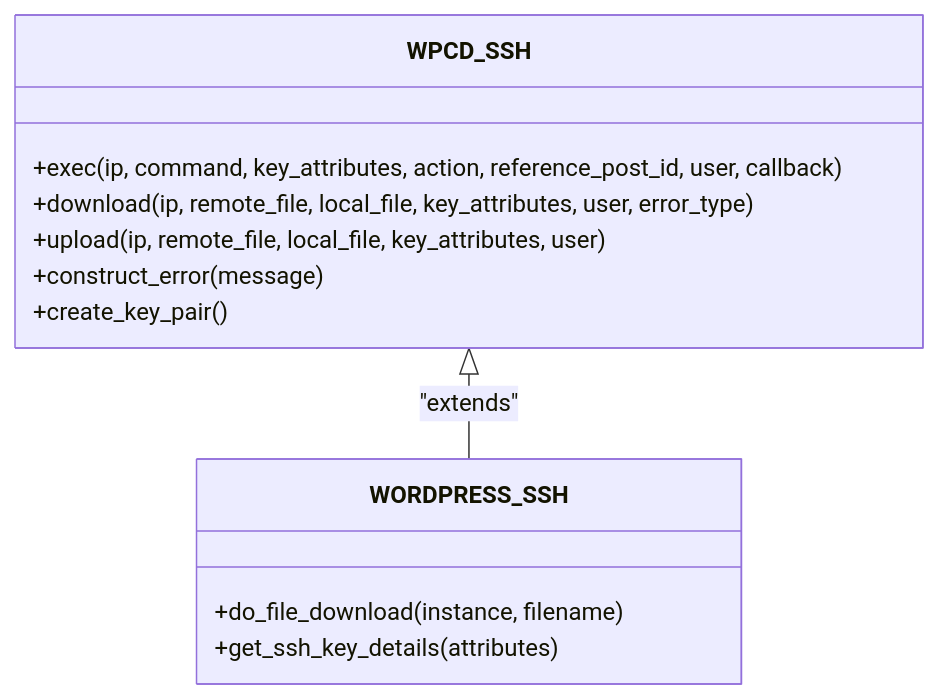
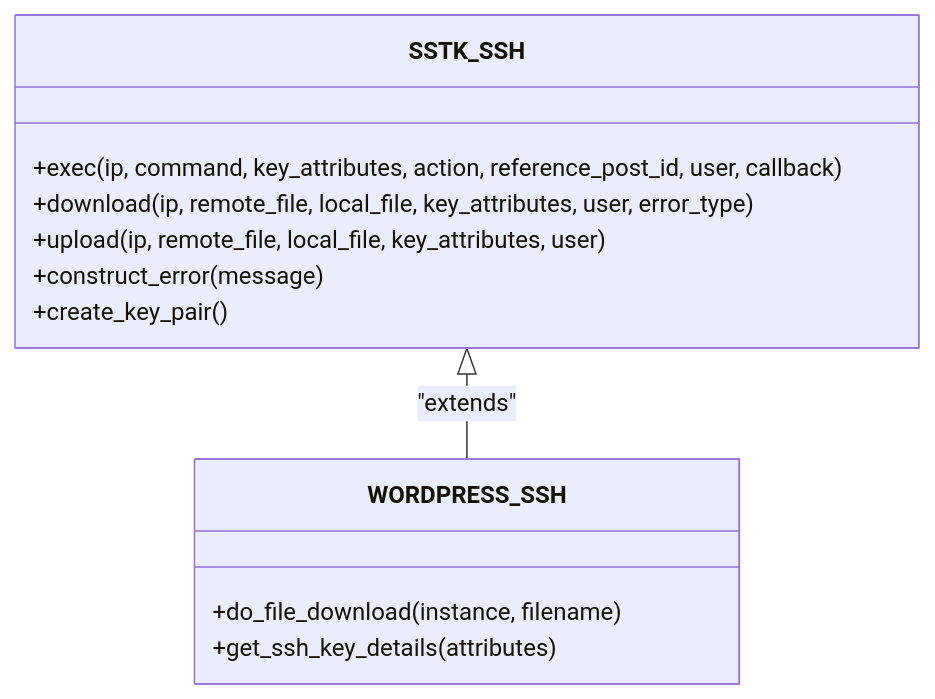
The fourth of 9 diagrams in .qoder/repowiki/en/content/WordPress Application Engine/Script Execution Engine.md (onedogsolutions/simple-stack), drawn with Mermaid before and after one commit. The commit also changed other lines of this file and 5941 other files, not shown here.

````diff
--- a/.qoder/repowiki/en/content/WordPress Application Engine/Script Execution Engine.md
+++ b/.qoder/repowiki/en/content/WordPress Application Engine/Script Execution Engine.md
@@ -176,15 +176,15 @@
 ```mermaid
 classDiagram
-class WPCD_SSH {
+class SSTK_SSH {
 +exec(ip, command, key_attributes, action, reference_post_id, user, callback)
 +download(ip, remote_file, local_file, key_attributes, user, error_type)
 +upload(ip, remote_file, local_file, key_attributes, user)
 +construct_error(message)
 +create_key_pair()
 }
 class WORDPRESS_SSH {
 +do_file_download(instance, filename)
 +get_ssh_key_details(attributes)
 }
-WPCD_SSH <|-- WORDPRESS_SSH : "extends"
+SSTK_SSH <|-- WORDPRESS_SSH : "extends"
 ```
````
